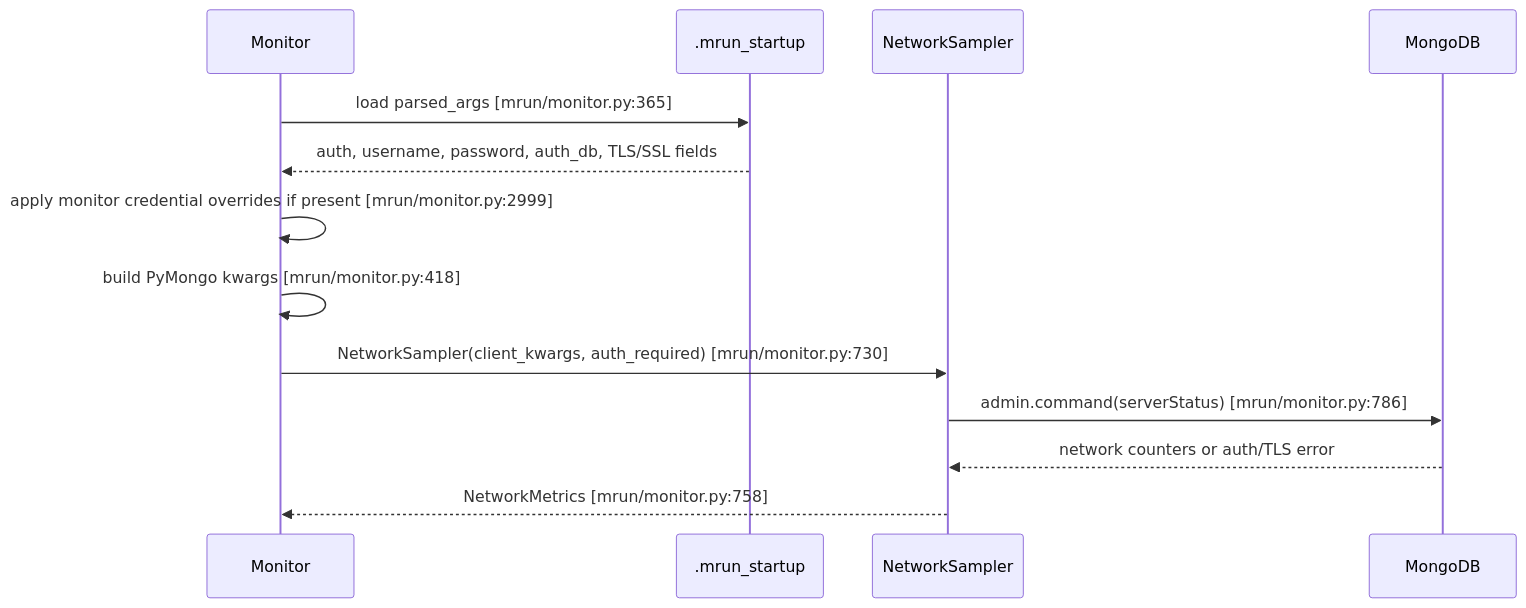
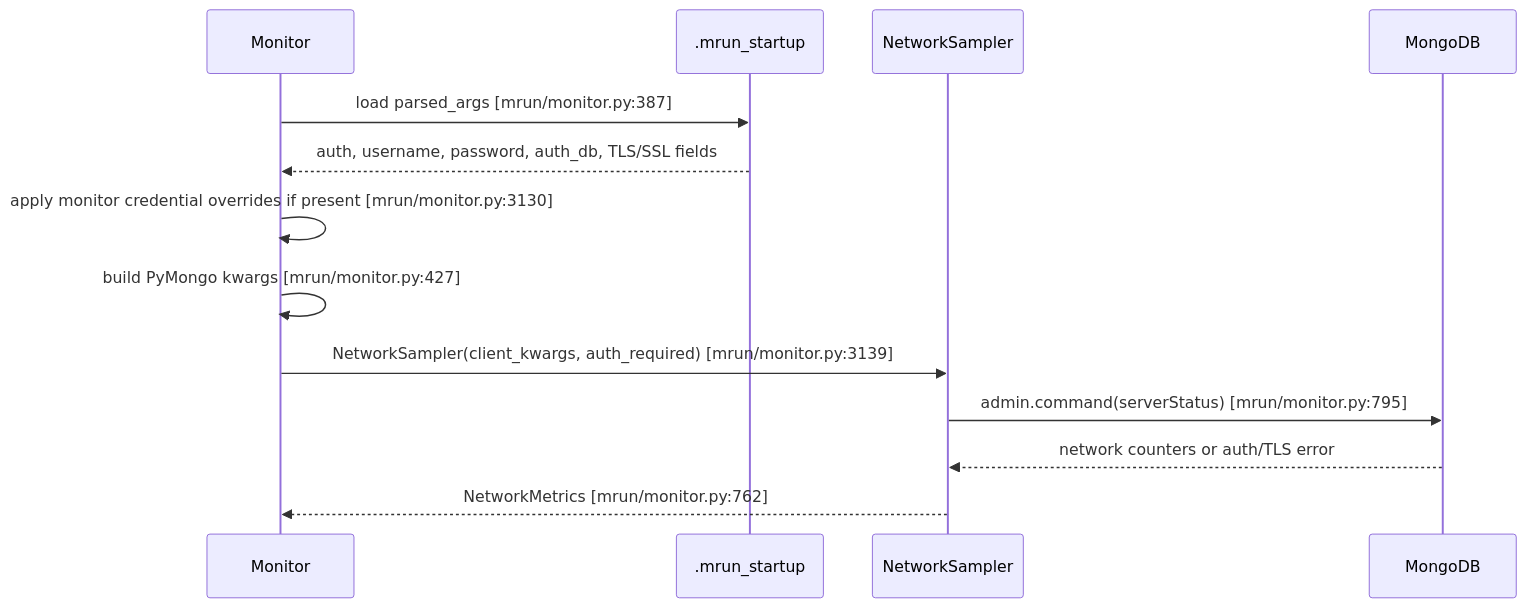
The third of 12 diagrams in doc/feature-monitor-guide.md (mongodb/mlaunch), drawn with Mermaid before and after one commit. The commit also changed other lines of this file and 4 other files, not shown here.

````diff
--- a/doc/feature-monitor-guide.md
+++ b/doc/feature-monitor-guide.md
@@ -192,16 +201,16 @@
 ```mermaid
 sequenceDiagram
     participant Monitor as Monitor
     participant FS as .mrun_startup
     participant Sampler as NetworkSampler
     participant Mongo as MongoDB
 
-    Monitor->>FS: load parsed_args [mrun/monitor.py:365]
+    Monitor->>FS: load parsed_args [mrun/monitor.py:387]
     FS-->>Monitor: auth, username, password, auth_db, TLS/SSL fields
-    Monitor->>Monitor: apply monitor credential overrides if present [mrun/monitor.py:2999]
-    Monitor->>Monitor: build PyMongo kwargs [mrun/monitor.py:418]
-    Monitor->>Sampler: NetworkSampler(client_kwargs, auth_required) [mrun/monitor.py:730]
-    Sampler->>Mongo: admin.command(serverStatus) [mrun/monitor.py:786]
+    Monitor->>Monitor: apply monitor credential overrides if present [mrun/monitor.py:3130]
+    Monitor->>Monitor: build PyMongo kwargs [mrun/monitor.py:427]
+    Monitor->>Sampler: NetworkSampler(client_kwargs, auth_required) [mrun/monitor.py:3139]
+    Sampler->>Mongo: admin.command(serverStatus) [mrun/monitor.py:795]
     Mongo-->>Sampler: network counters or auth/TLS error
-    Sampler-->>Monitor: NetworkMetrics [mrun/monitor.py:758]
+    Sampler-->>Monitor: NetworkMetrics [mrun/monitor.py:762]
 ```
````
